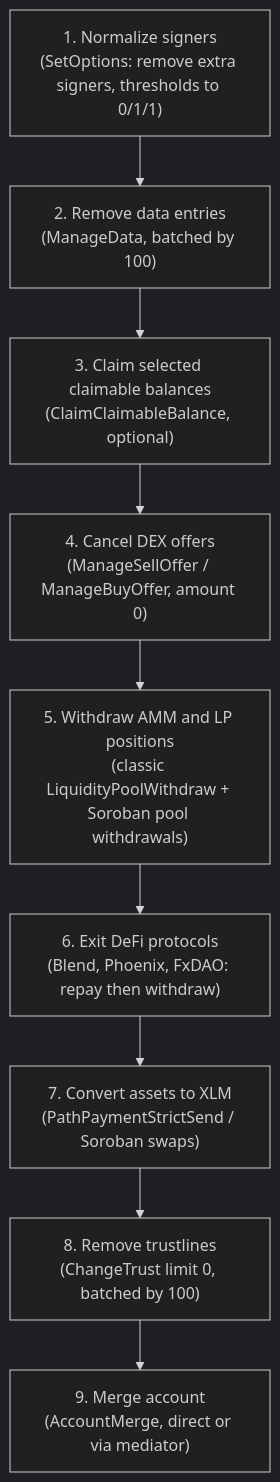
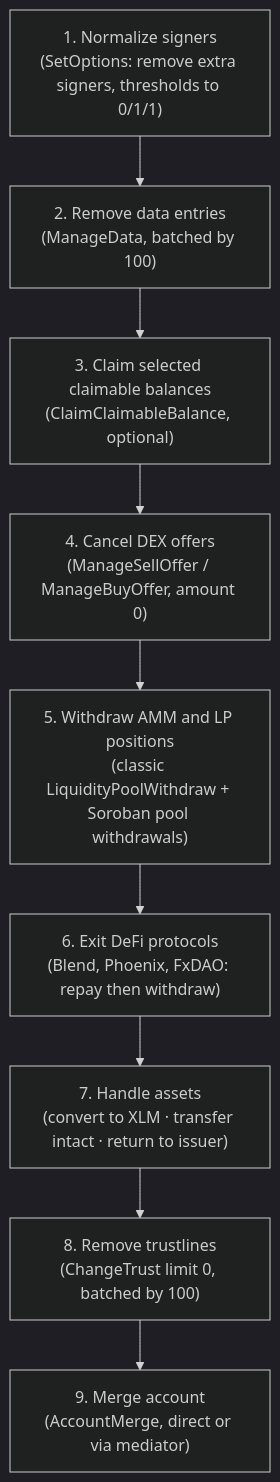
Before and after one commit to LumenWipe/lumenwipe: the diagram in diagrams/mmd/06-execution-plan.mmd, drawn with Mermaid (dark theme). The commit also changed 20 other files, not shown here.

```diff
--- a/diagrams/mmd/06-execution-plan.mmd
+++ b/diagrams/mmd/06-execution-plan.mmd
@@ -1,11 +1,11 @@
 flowchart TD
     s1["1. Normalize signers<br/>(SetOptions: remove extra signers, thresholds to 0/1/1)"]
     s2["2. Remove data entries<br/>(ManageData, batched by 100)"]
     s3["3. Claim selected claimable balances<br/>(ClaimClaimableBalance, optional)"]
     s4["4. Cancel DEX offers<br/>(ManageSellOffer / ManageBuyOffer, amount 0)"]
     s5["5. Withdraw AMM and LP positions<br/>(classic LiquidityPoolWithdraw + Soroban pool withdrawals)"]
     s6["6. Exit DeFi protocols<br/>(Blend, Phoenix, FxDAO: repay then withdraw)"]
-    s7["7. Convert assets to XLM<br/>(PathPaymentStrictSend / Soroban swaps)"]
+    s7["7. Handle assets<br/>(convert to XLM · transfer intact · return to issuer)"]
     s8["8. Remove trustlines<br/>(ChangeTrust limit 0, batched by 100)"]
     s9["9. Merge account<br/>(AccountMerge, direct or via mediator)"]
     s1 --> s2 --> s3 --> s4 --> s5 --> s6 --> s7 --> s8 --> s9
```
